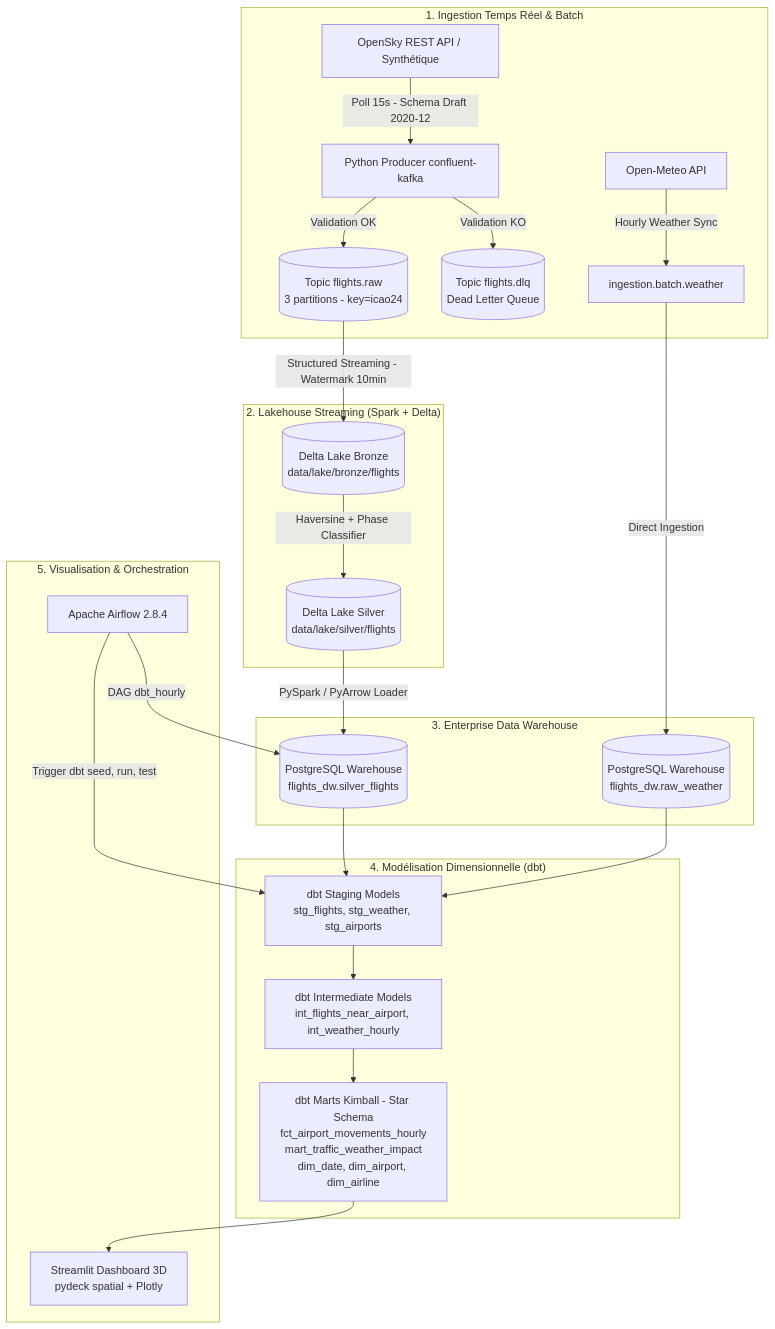
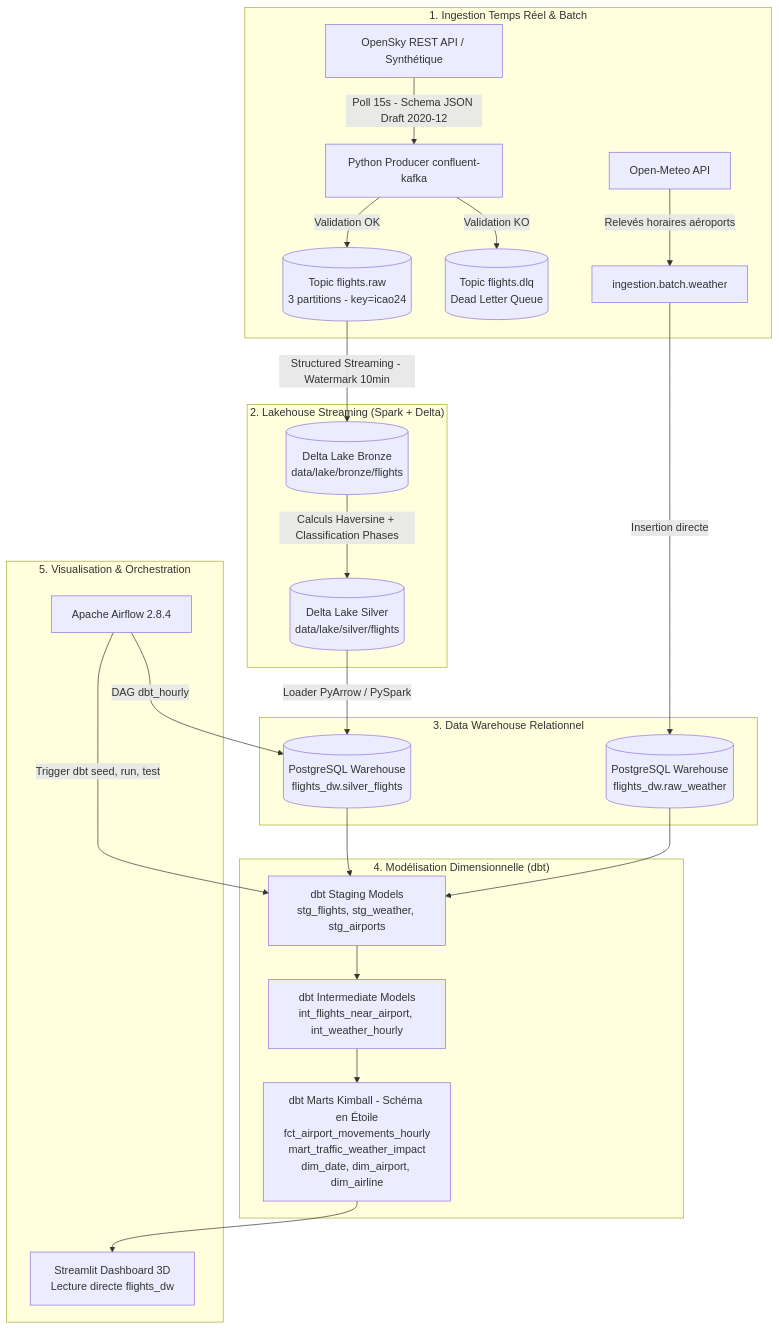
Before and after one commit to elhidaniassmaa/moroccan-air-traffic: the diagram in README.md, drawn with Mermaid. The commit also changed other lines of this file and 8 other files, not shown here.

````diff
--- a/README.md
+++ b/README.md
@@ -29,31 +46,31 @@
 ```mermaid
 flowchart TD
     subgraph Ingestion ["1. Ingestion Temps Réel & Batch"]
-        A[OpenSky REST API / Synthétique] -->|Poll 15s - Schema Draft 2020-12| B[Python Producer confluent-kafka]
+        A[OpenSky REST API / Synthétique] -->|Poll 15s - Schema JSON Draft 2020-12| B[Python Producer confluent-kafka]
         B -->|Validation OK| C[(Topic flights.raw<br/>3 partitions - key=icao24)]
         B -->|Validation KO| D[(Topic flights.dlq<br/>Dead Letter Queue)]
-        W[Open-Meteo API] -->|Hourly Weather Sync| WH[ingestion.batch.weather]
+        W[Open-Meteo API] -->|Relevés horaires aéroports| WH[ingestion.batch.weather]
     end
 
     subgraph Streaming ["2. Lakehouse Streaming (Spark + Delta)"]
         C -->|Structured Streaming - Watermark 10min| E[(Delta Lake Bronze<br/>data/lake/bronze/flights)]
-        E -->|Haversine + Phase Classifier| F[(Delta Lake Silver<br/>data/lake/silver/flights)]
+        E -->|Calculs Haversine + Classification Phases| F[(Delta Lake Silver<br/>data/lake/silver/flights)]
     end
 
-    subgraph Warehouse ["3. Enterprise Data Warehouse"]
-        F -->|PySpark / PyArrow Loader| G[(PostgreSQL Warehouse<br/>flights_dw.silver_flights)]
-        WH -->|Direct Ingestion| H[(PostgreSQL Warehouse<br/>flights_dw.raw_weather)]
+    subgraph Warehouse ["3. Data Warehouse Relationnel"]
+        F -->|Loader PyArrow / PySpark| G[(PostgreSQL Warehouse<br/>flights_dw.silver_flights)]
+        WH -->|Insertion directe| H[(PostgreSQL Warehouse<br/>flights_dw.raw_weather)]
     end
 
     subgraph Transformation ["4. Modélisation Dimensionnelle (dbt)"]
         G & H --> I[dbt Staging Models<br/>stg_flights, stg_weather, stg_airports]
         I --> J[dbt Intermediate Models<br/>int_flights_near_airport, int_weather_hourly]
-        J --> K[dbt Marts Kimball - Star Schema<br/>fct_airport_movements_hourly<br/>mart_traffic_weather_impact<br/>dim_date, dim_airport, dim_airline]
+        J --> K[dbt Marts Kimball - Schéma en Étoile<br/>fct_airport_movements_hourly<br/>mart_traffic_weather_impact<br/>dim_date, dim_airport, dim_airline]
     end
 
     subgraph Analytics ["5. Visualisation & Orchestration"]
-        K --> L[Streamlit Dashboard 3D<br/>pydeck spatial + Plotly]
+        K --> L[Streamlit Dashboard 3D<br/>Lecture directe flights_dw]
         M[Apache Airflow 2.8.4] -->|DAG dbt_hourly| G
         M -->|Trigger dbt seed, run, test| I
     end
 ```
````
